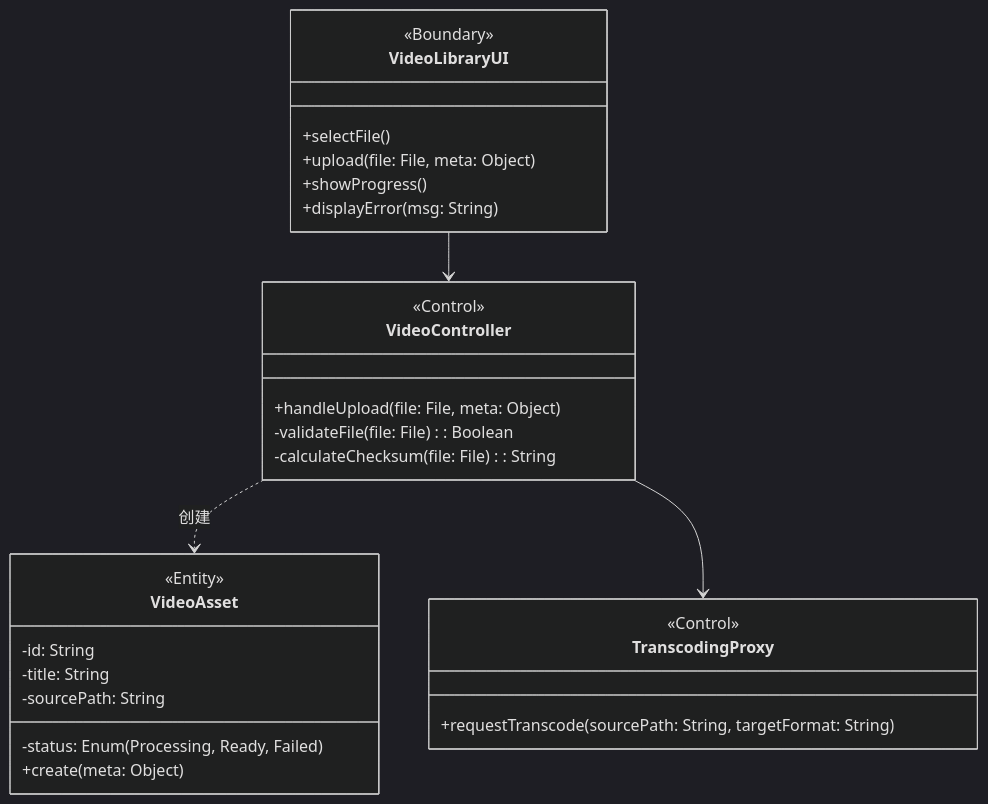
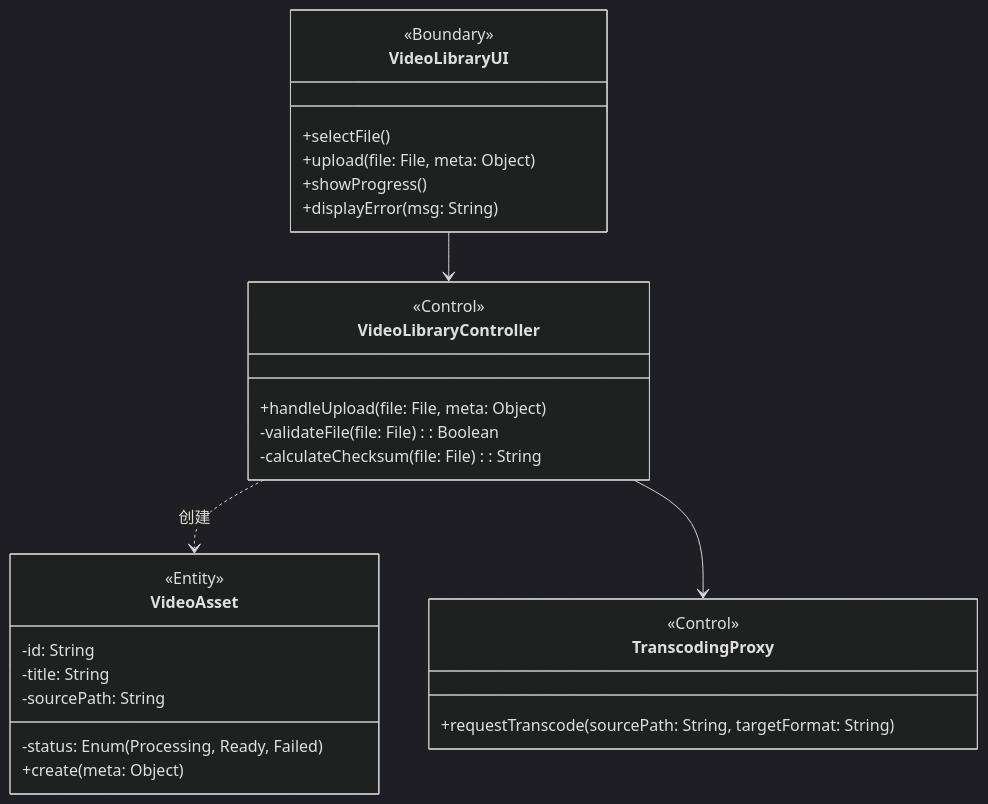
Before and after one commit to Danny8yo/online-private-movie-house: the second of 7 diagrams in docLiu/管理视频库.md, drawn with Mermaid (dark theme). The commit also changed other lines of this file and 32 other files, not shown here.

````diff
--- a/docLiu/管理视频库.md
+++ b/docLiu/管理视频库.md
@@ -62,36 +62,36 @@
 ```mermaid
 classDiagram
     class VideoLibraryUI {
         <<Boundary>>
         +selectFile()
         +upload(file: File, meta: Object)
         +showProgress()
         +displayError(msg: String)
     }
 
-    class VideoController {
+    class VideoLibraryController {
         <<Control>>
         +handleUpload(file: File, meta: Object)
         -validateFile(file: File): Boolean
         -calculateChecksum(file: File): String
     }
 
     class TranscodingProxy {
         <<Control>>
         +requestTranscode(sourcePath: String, targetFormat: String)
     }
 
     class VideoAsset {
         <<Entity>>
         -id: String
         -title: String
         -status: Enum (Processing, Ready, Failed)
         -sourcePath: String
         +create(meta: Object)
     }
 
     %% 关系定义
-    VideoLibraryUI --> VideoController
-    VideoController ..> VideoAsset : 创建
-    VideoController --> TranscodingProxy
+    VideoLibraryUI --> VideoLibraryController
+    VideoLibraryController ..> VideoAsset : 创建
+    VideoLibraryController --> TranscodingProxy
 ```
````
